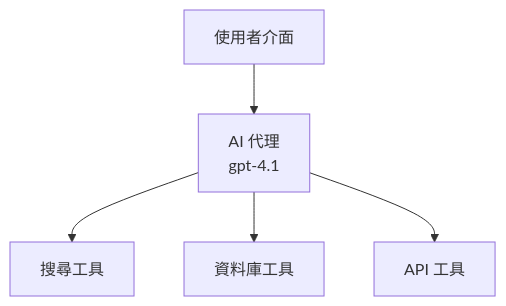
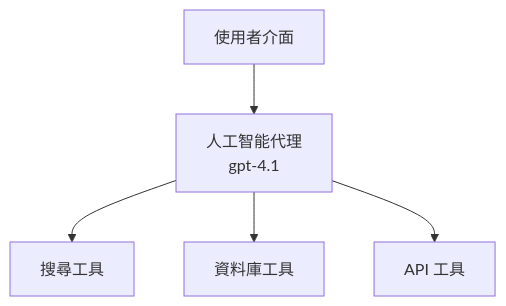
Before and after one commit to microsoft/AZD-for-beginners: the first of 3 diagrams in translations/zh-MO/docs/chapter-02-ai-development/agents.md, drawn with Mermaid. The commit also changed other lines of this file and 61 other files, not shown here.

````diff
--- a/translations/zh-MO/docs/chapter-02-ai-development/agents.md
+++ b/translations/zh-MO/docs/chapter-02-ai-development/agents.md
@@ -162,7 +162,7 @@
 ```mermaid
 graph TD
-    UI[使用者介面] --> Agent[AI 代理<br/>gpt-4.1]
+    UI[使用者介面] --> Agent[人工智能代理<br/>gpt-4.1]
     Agent --> Search[搜尋工具]
     Agent --> Database[資料庫工具]
     Agent --> API[API 工具]
 ```
````
